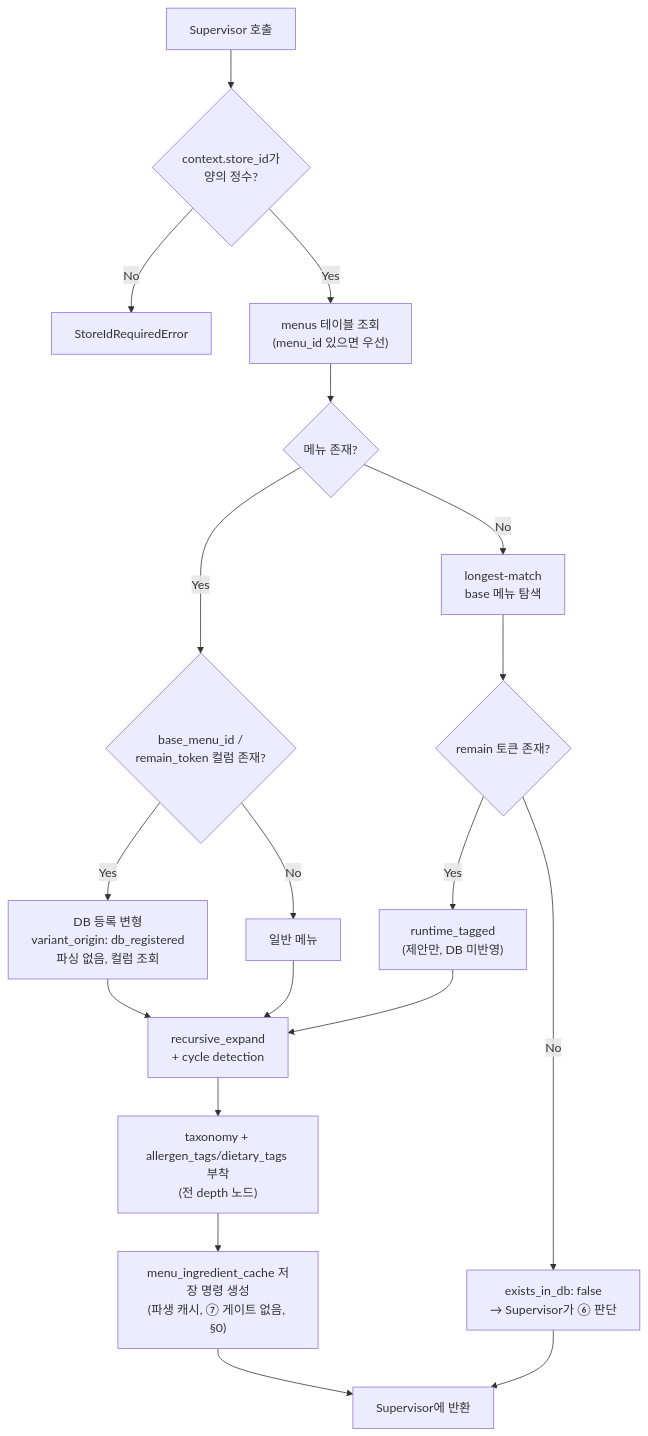
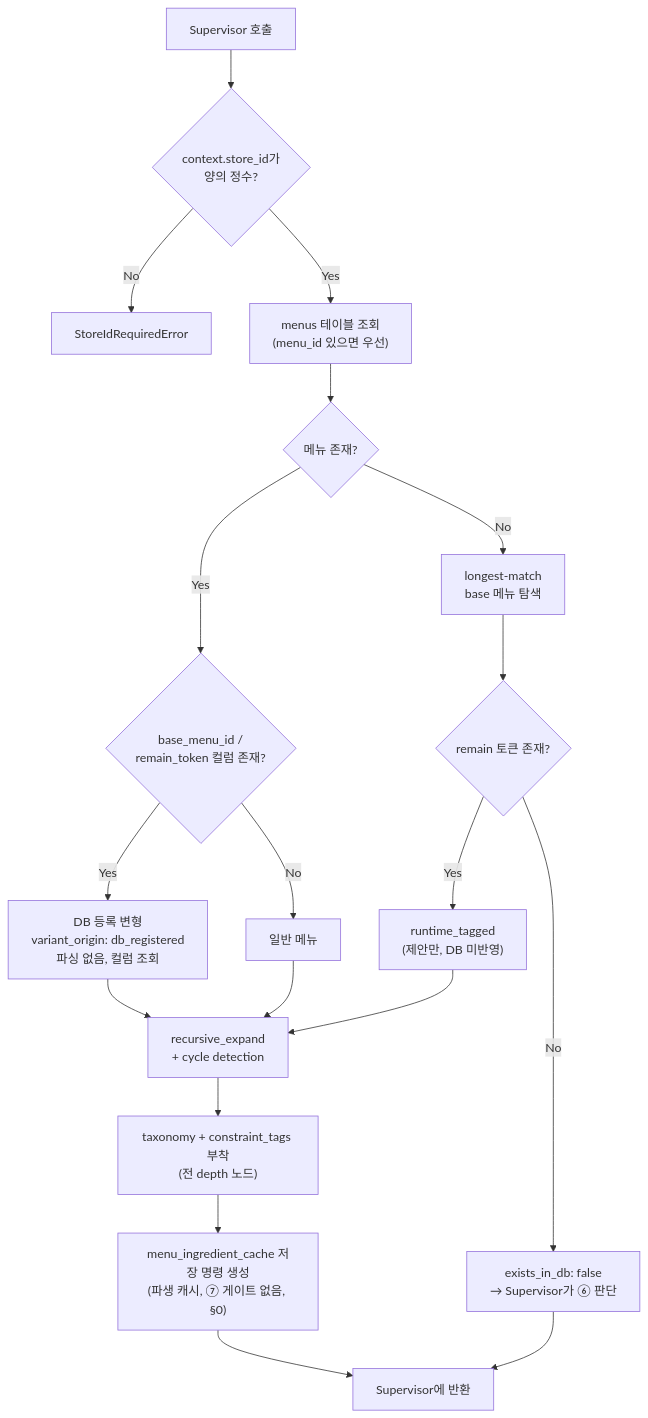
The second of 3 diagrams in docs/4-tool-DBontology.md (Han-Spoon/ai), drawn with Mermaid before and after one commit. The commit also changed other lines of this file and 2 other files, not shown here.

````diff
--- a/docs/4-tool-DBontology.md
+++ b/docs/4-tool-DBontology.md
@@ -227,25 +226,25 @@
 ```mermaid
 flowchart TD
     S[Supervisor 호출] --> V{"context.store_id가<br/>양의 정수?"}
     V -->|No| ERR[StoreIdRequiredError]
     V -->|Yes| Q["menus 테이블 조회<br/>(menu_id 있으면 우선)"]
 
     Q --> E{메뉴 존재?}
     E -->|Yes| VC{"base_menu_id /<br/>remain_token 컬럼 존재?"}
     E -->|No| LM["longest-match<br/>base 메뉴 탐색"]
 
     VC -->|Yes| DBV["DB 등록 변형<br/>variant_origin: db_registered<br/>파싱 없음, 컬럼 조회"]
     VC -->|No| PLAIN["일반 메뉴"]
 
     LM --> RM{remain 토큰 존재?}
     RM -->|Yes| RTV["runtime_tagged<br/>(제안만, DB 미반영)"]
     RM -->|No| NF["exists_in_db: false<br/>→ Supervisor가 ⑥ 판단"]
 
     DBV --> R["recursive_expand<br/>+ cycle detection"]
     PLAIN --> R
     RTV --> R
-    R --> TAG["taxonomy + allergen_tags/dietary_tags 부착<br/>(전 depth 노드)"]
+    R --> TAG["taxonomy + constraint_tags 부착<br/>(전 depth 노드)"]
     TAG --> CACHE["menu_ingredient_cache 저장 명령 생성<br/>(파생 캐시, ⑦ 게이트 없음, §0)"]
     CACHE --> OUT[Supervisor에 반환]
     NF --> OUT
 ```
````
